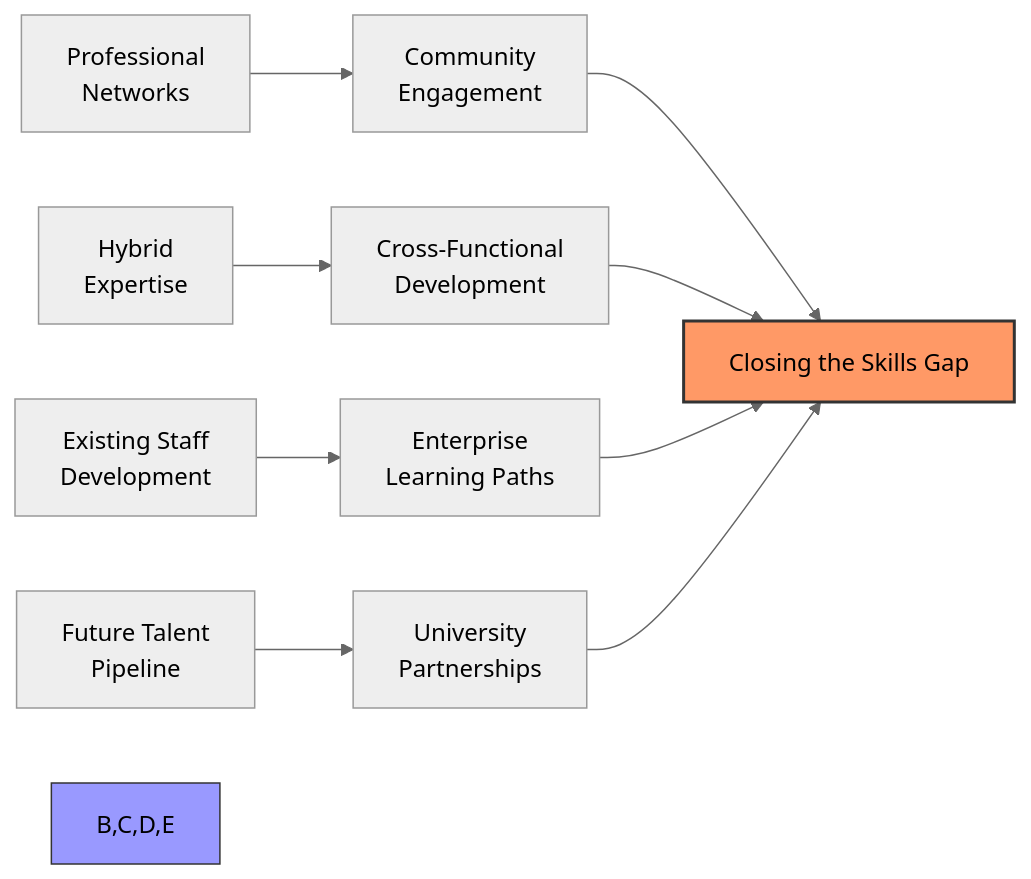
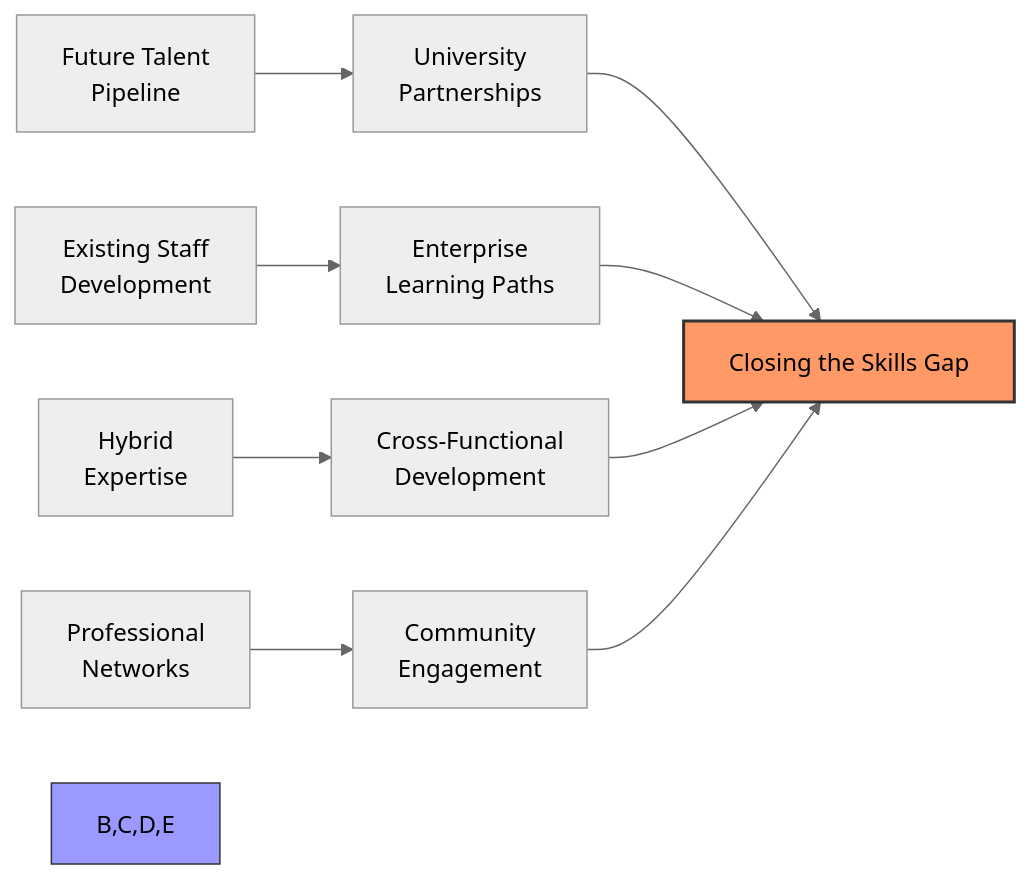
One commit to AliceNN-ucdenver/Iasa changed the eighth of 8 diagrams in cio-may.md. Above: the diagram before and after it, drawn with Mermaid (neutral theme). The commit also changed other lines of this file, not shown here.

````diff
--- a/cio-may.md
+++ b/cio-may.md
@@ -257,15 +269,15 @@
 ```mermaid
 flowchart LR
+    B1["Future Talent<br>Pipeline"] --> B["University<br>Partnerships"]
+    C1["Existing Staff<br>Development"] --> C["Enterprise<br>Learning Paths"]
+    D1["Hybrid<br>Expertise"] --> D["Cross-Functional<br>Development"]
     E1["Professional<br>Networks"] --> E["Community<br>Engagement"]
-    D1["Hybrid<br>Expertise"] --> D["Cross-Functional<br>Development"]
-    C1["Existing Staff<br>Development"] --> C["Enterprise<br>Learning Paths"]
-    B1["Future Talent<br>Pipeline"] --> B["University<br>Partnerships"]
     
-    E --> A["Closing the Skills Gap"]
+    B --> A["Closing the Skills Gap"]
+    C --> A
     D --> A
-    C --> A
-    B --> A
+    E --> A
     
     style A fill:#f96,stroke:#333,stroke-width:2px
     style B,C,D,E fill:#99f,stroke:#333,stroke-width:1px
 ```
````
